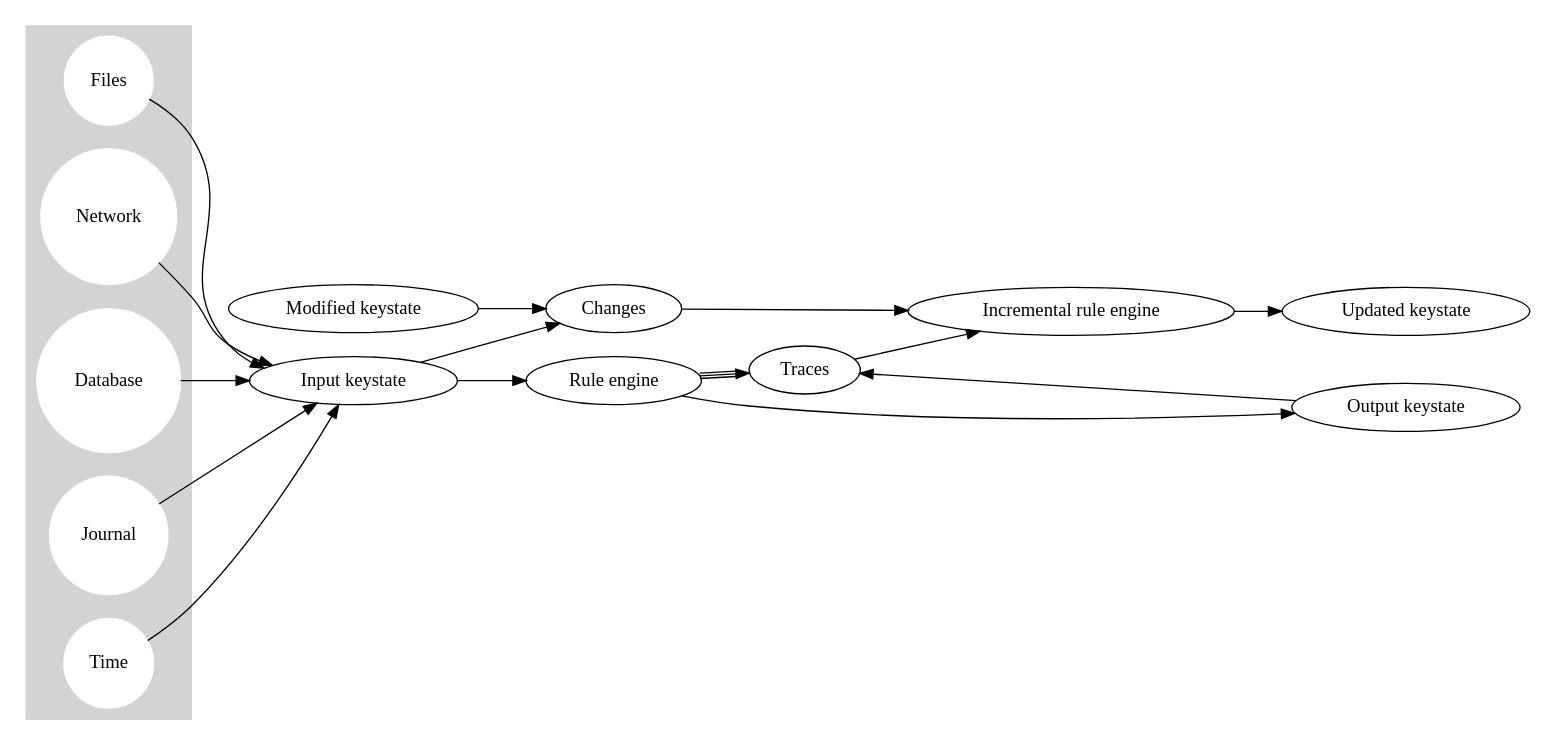
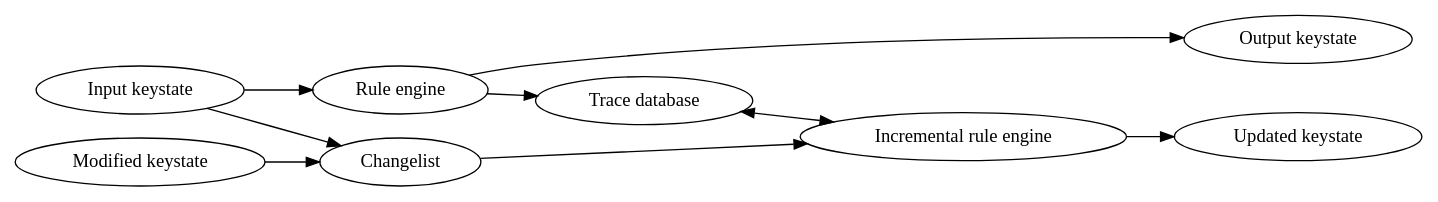
One commit to Mathnerd314/stroscot changed the first of 2 diagrams in docs/BuildSystem.rst. Above: the diagram before and after it, drawn with Graphviz. The commit also changed other lines of this file and 340 other files, not shown here.

```diff
--- a/docs/BuildSystem.rst
+++ b/docs/BuildSystem.rst
@@ -9,33 +9,26 @@
 .. graphviz::
 
   digraph foo {
     rankdir=LR;
     {
     rank=same
     IKey [label="Input keystate"]
     IKey2 [label="Modified keystate"]
     }
-    subgraph cluster_keys {
-      style=filled; color=lightgrey
-      node [style=filled,color=white]
-      Files, Network, Database, Journal, Time [shape="circle"]
-    }
-    {Files; Network; Database; Journal; Time} -> IKey
-
     IKey -> "Rule engine"
     "Rule engine" -> OKey
     {
     rank=same
     OKey [label="Output keystate"]
     OKey2 [label="Updated keystate"]
     }
 
-    "Traces" -> OKey [dir=back]
-    "Rule engine" -> "Traces" [color = "black:black:black"]
+    "Rule engine" -> "Trace database"
+    "Trace database" -> "Incremental rule engine" [dir=both]
 
-    IKey -> "Changes"
-    IKey2 -> "Changes"
+    IKey -> "Changelist"
+    IKey2 -> "Changelist"
 
-    {"Changes"; "Traces"} -> "Incremental rule engine"
+    "Changelist" -> "Incremental rule engine"
     "Incremental rule engine" -> OKey2
   }
```
